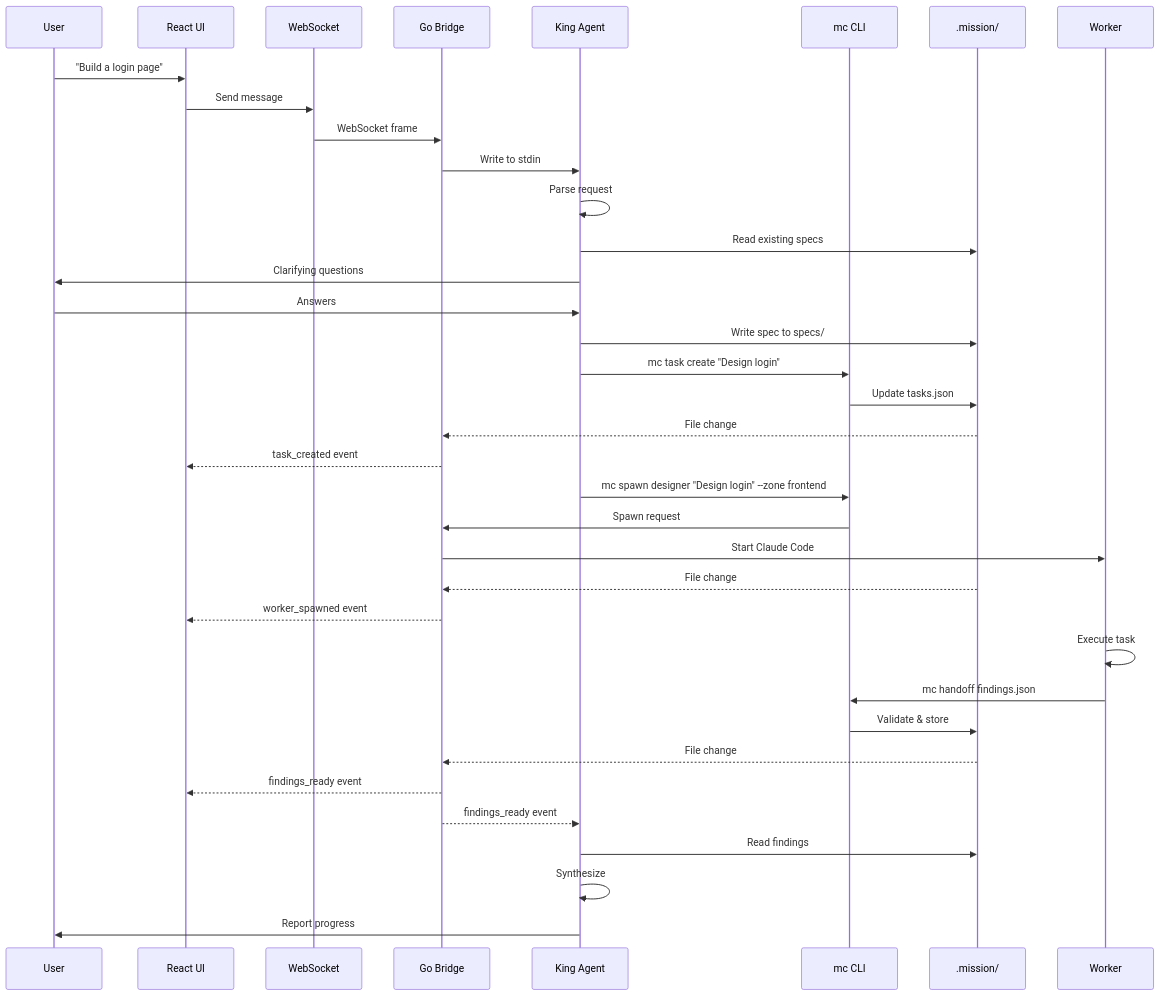
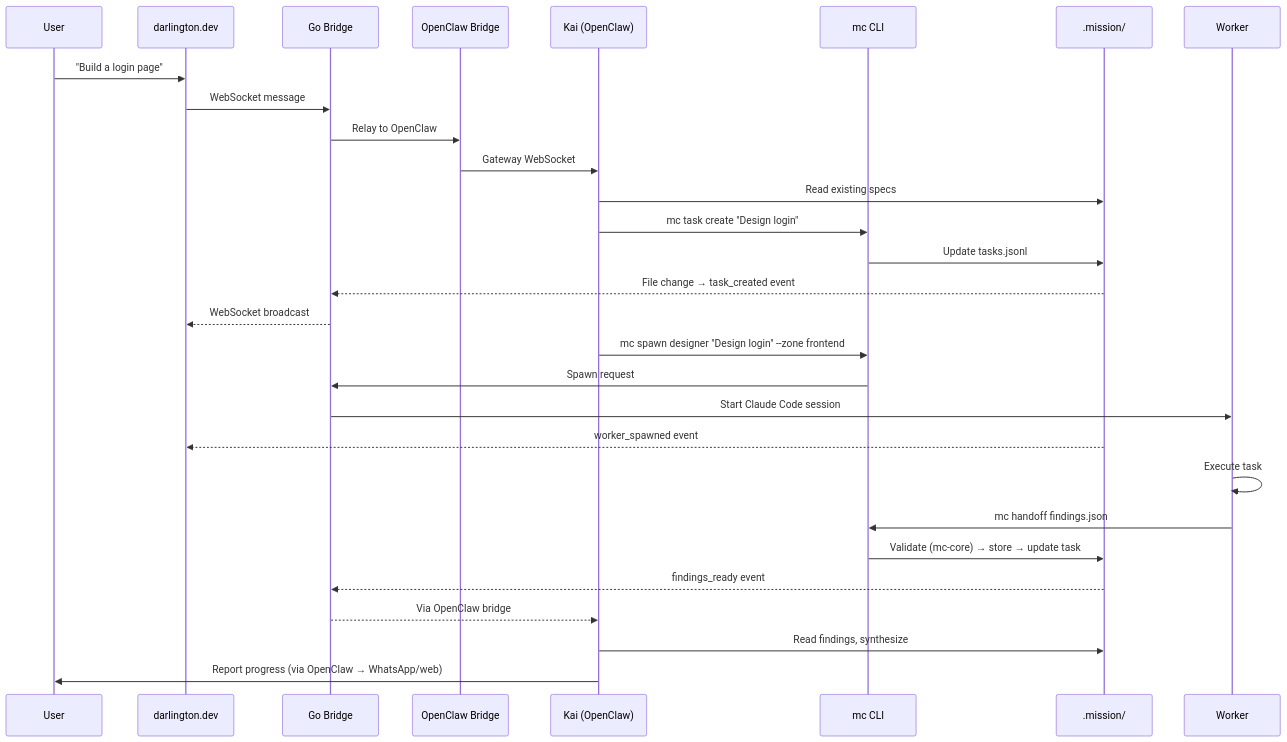
Before and after one commit to MikeSquared-Agency/MissionControl: the second of 5 diagrams in DATAFLOWS.md, drawn with Mermaid. The commit also changed other lines of this file and 7 other files, not shown here.

````diff
--- a/DATAFLOWS.md
+++ b/DATAFLOWS.md
@@ -65,44 +51,36 @@
 ```mermaid
 sequenceDiagram
     participant User
-    participant UI as React UI
-    participant WS as WebSocket
+    participant UI as darlington.dev
     participant Bridge as Go Bridge
-    participant King as King Agent
+    participant OC as OpenClaw Bridge
+    participant King as Kai (OpenClaw)
     participant CLI as mc CLI
     participant State as .mission/
     participant Worker
 
     User->>UI: "Build a login page"
-    UI->>WS: Send message
-    WS->>Bridge: WebSocket frame
-    Bridge->>King: Write to stdin
+    UI->>Bridge: WebSocket message
+    Bridge->>OC: Relay to OpenClaw
+    OC->>King: Gateway WebSocket
 
-    King->>King: Parse request
     King->>State: Read existing specs
-    King->>User: Clarifying questions
-    User->>King: Answers
-
-    King->>State: Write spec to specs/
     King->>CLI: mc task create "Design login"
-    CLI->>State: Update tasks.json
-    State-->>Bridge: File change
-    Bridge-->>UI: task_created event
+    CLI->>State: Update tasks.jsonl
+    State-->>Bridge: File change → task_created event
+    Bridge-->>UI: WebSocket broadcast
 
     King->>CLI: mc spawn designer "Design login" --zone frontend
     CLI->>Bridge: Spawn request
-    Bridge->>Worker: Start Claude Code
-    State-->>Bridge: File change
-    Bridge-->>UI: worker_spawned event
+    Bridge->>Worker: Start Claude Code session
+    State-->>UI: worker_spawned event
 
     Worker->>Worker: Execute task
     Worker->>CLI: mc handoff findings.json
-    CLI->>State: Validate & store
-    State-->>Bridge: File change
-    Bridge-->>UI: findings_ready event
-    Bridge-->>King: findings_ready event
+    CLI->>State: Validate (mc-core) → store → update task
+    State-->>Bridge: findings_ready event
+    Bridge-->>King: Via OpenClaw bridge
 
-    King->>State: Read findings
-    King->>King: Synthesize
-    King->>User: Report progress
+    King->>State: Read findings, synthesize
+    King->>User: Report progress (via OpenClaw → WhatsApp/web)
 ```
````
